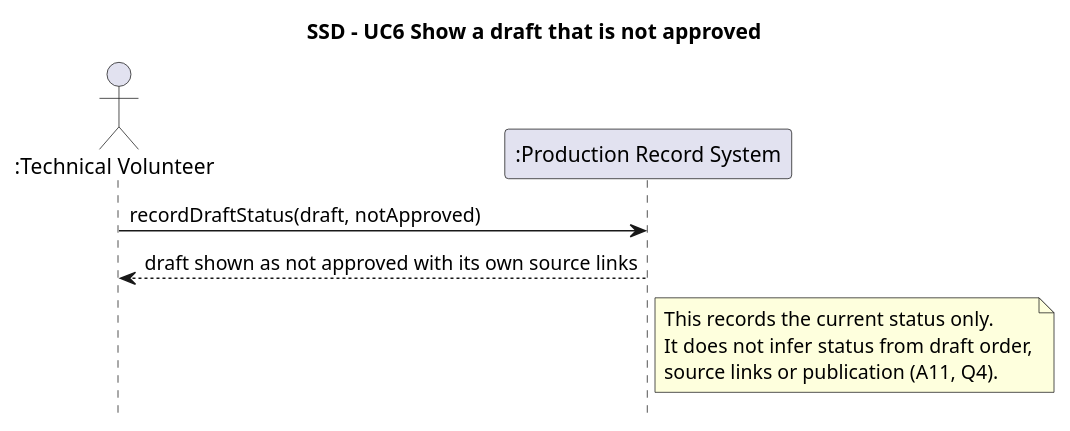
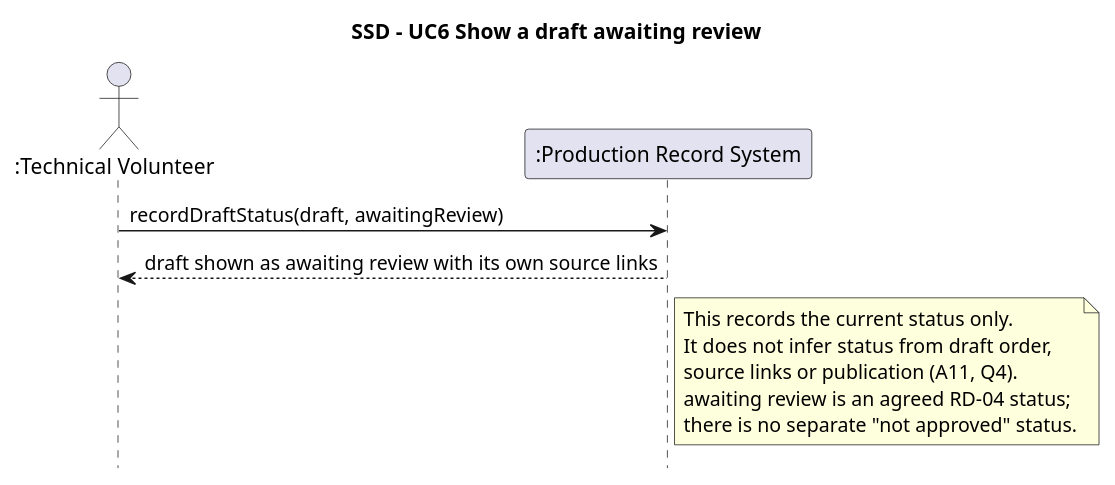
One commit to Rani-Wheeza/Local-Podcast-Production-Service changed the fourth of 6 diagrams in CA 2/Individual_Contributions/Implementation_Catalogue/Section_C_Recording_Jack/CA2_Section_C.md. Above: the diagram before and after it, drawn with PlantUML. The commit also changed other lines of this file and 3 other files, not shown here.

````diff
--- a/CA 2/Individual_Contributions/Implementation_Catalogue/Section_C_Recording_Jack/CA2_Section_C.md
+++ b/CA 2/Individual_Contributions/Implementation_Catalogue/Section_C_Recording_Jack/CA2_Section_C.md
@@ -249,18 +250,20 @@
 ```plantuml
-@startuml SSD_UC6_DraftNotApproved
-title SSD - UC6 Show a draft that is not approved
+@startuml SSD_UC6_DraftAwaitingReview
+title SSD - UC6 Show a draft awaiting review
 hide footbox
 
 actor ":Technical Volunteer" as TV
 participant ":Production Record System" as S
 
-TV -> S : recordDraftStatus(draft, notApproved)
-S --> TV : draft shown as not approved with its own source links
+TV -> S : recordDraftStatus(draft, awaitingReview)
+S --> TV : draft shown as awaiting review with its own source links
 
 note right of S
   This records the current status only.
   It does not infer status from draft order,
   source links or publication (A11, Q4).
+  awaiting review is an agreed RD-04 status;
+  there is no separate "not approved" status.
 end note
 @enduml
 ```
````
